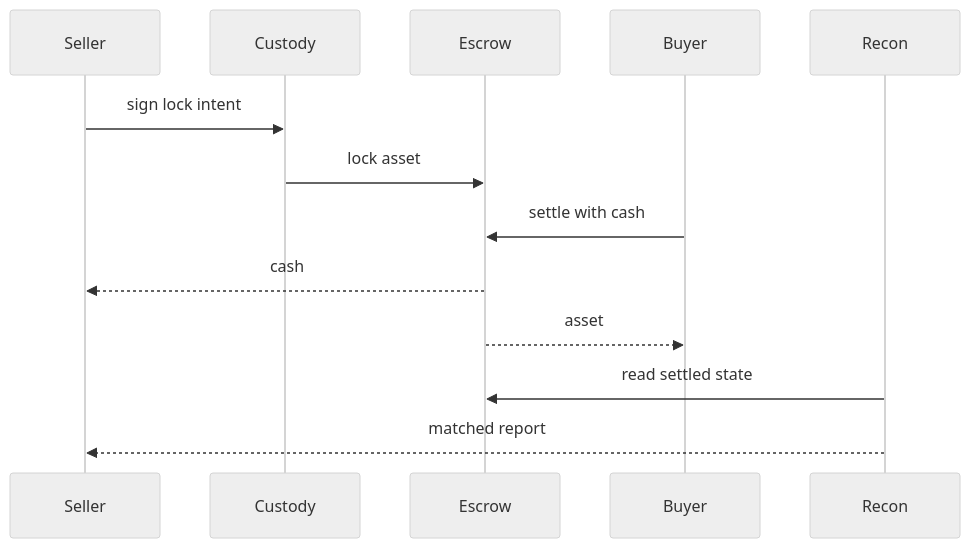
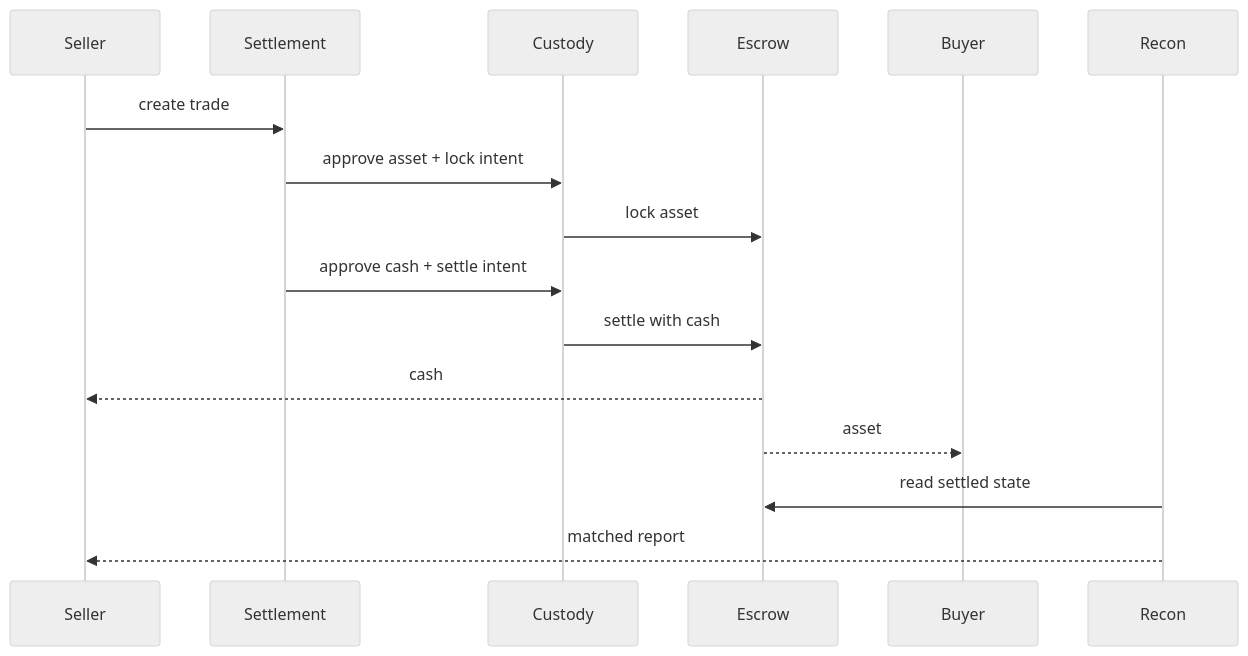
One commit to vishnugovind10/tokenize-stack changed the second of 4 diagrams in ARCHITECTURE.md. Above: the diagram before and after it, drawn with Mermaid (neutral theme). The commit also changed other lines of this file and 15 other files, not shown here.

Commit message:
feat(settlement): route escrow state through custody

````diff
--- a/ARCHITECTURE.md
+++ b/ARCHITECTURE.md
@@ -35,15 +36,18 @@
 ```mermaid
 sequenceDiagram
     participant Seller
+    participant Settlement
     participant Custody
     participant Escrow
     participant Buyer
     participant Recon
-    Seller->>Custody: sign lock intent
+    Seller->>Settlement: create trade
+    Settlement->>Custody: approve asset + lock intent
     Custody->>Escrow: lock asset
-    Buyer->>Escrow: settle with cash
+    Settlement->>Custody: approve cash + settle intent
+    Custody->>Escrow: settle with cash
     Escrow-->>Seller: cash
     Escrow-->>Buyer: asset
     Recon->>Escrow: read settled state
     Recon-->>Seller: matched report
 ```
````
